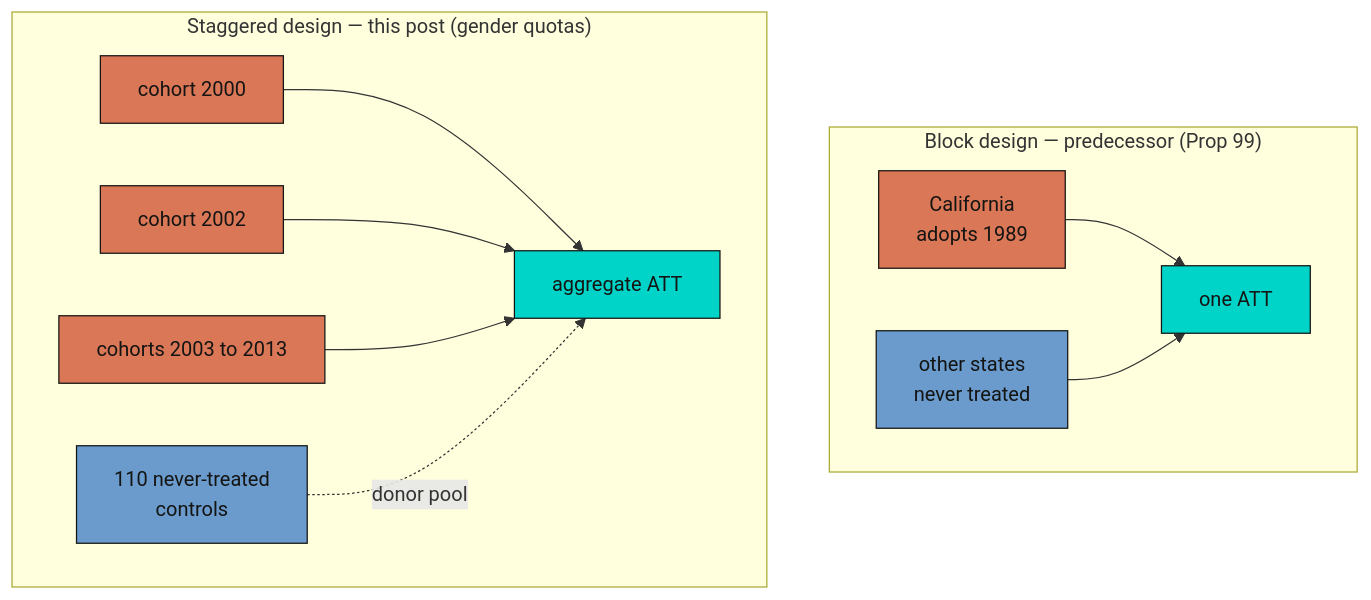
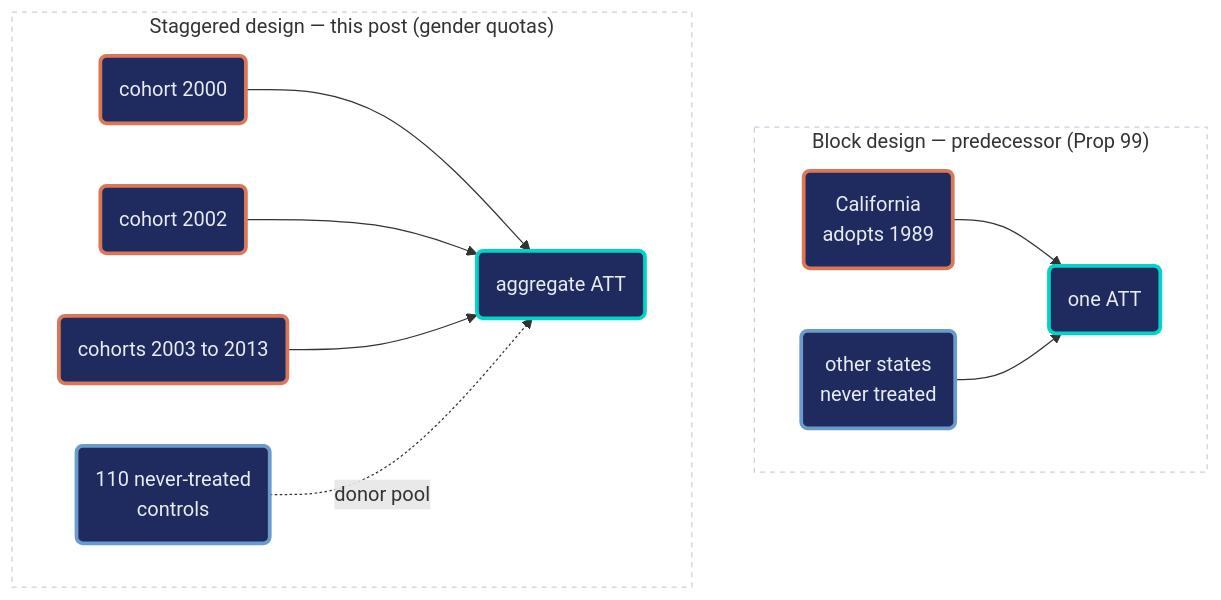
Before and after one commit to cmg777/starter-academic-v501: the first of 3 diagrams in content/post/stata_sdid_staggered/index.md, drawn with Mermaid. The commit also changed other lines of this file and 10 other files, not shown here.

First line of the commit message:
content(mermaid): restyle flowcharts in Stata posts (batch 2 of 2) and the EM publication (EN/ES/JA); add log

````diff
--- a/content/post/stata_sdid_staggered/index.md
+++ b/content/post/stata_sdid_staggered/index.md
@@ -89,21 +89,21 @@
 ```mermaid
 graph TD
-    subgraph "Block design — predecessor (Prop 99)"
-        B1["California<br/>adopts 1989"] --> BATT["one ATT"]
-        B2["other states<br/>never treated"] --> BATT
+    subgraph SG1["Block design — predecessor (Prop 99)"]
+        B1("California<br/>adopts 1989") --> BATT("one ATT")
+        B2("other states<br/>never treated") --> BATT
     end
-    subgraph "Staggered design — this post (gender quotas)"
-        S1["cohort 2000"] --> SATT["aggregate ATT"]
-        S2["cohort 2002"] --> SATT
-        S3["cohorts 2003 to 2013"] --> SATT
-        SC["110 never-treated<br/>controls"] -.donor pool.-> SATT
+    subgraph SG2["Staggered design — this post (gender quotas)"]
+        S1("cohort 2000") --> SATT("aggregate ATT")
+        S2("cohort 2002") --> SATT
+        S3("cohorts 2003 to 2013") --> SATT
+        SC("110 never-treated<br/>controls") -.donor pool.-> SATT
     end
-    style B1 fill:#d97757,stroke:#141413,color:#141413
-    style B2 fill:#6a9bcc,stroke:#141413,color:#141413
-    style BATT fill:#00d4c8,stroke:#141413,color:#141413
-    style S1 fill:#d97757,stroke:#141413,color:#141413
-    style S2 fill:#d97757,stroke:#141413,color:#141413
-    style S3 fill:#d97757,stroke:#141413,color:#141413
-    style SC fill:#6a9bcc,stroke:#141413,color:#141413
-    style SATT fill:#00d4c8,stroke:#141413,color:#141413
+    style SG1 fill:none,stroke:#c8d0e0,stroke-width:1px,stroke-dasharray:4 4
+    style SG2 fill:none,stroke:#c8d0e0,stroke-width:1px,stroke-dasharray:4 4
+    classDef orange fill:#1f2b5e,stroke:#d97757,stroke-width:3px,color:#e8ecf2
+    classDef teal fill:#1f2b5e,stroke:#00d4c8,stroke-width:3px,color:#e8ecf2
+    classDef blue fill:#1f2b5e,stroke:#6a9bcc,stroke-width:3px,color:#e8ecf2
+    class B1,S1,S2,S3 orange
+    class BATT,SATT teal
+    class B2,SC blue
 ```
````
